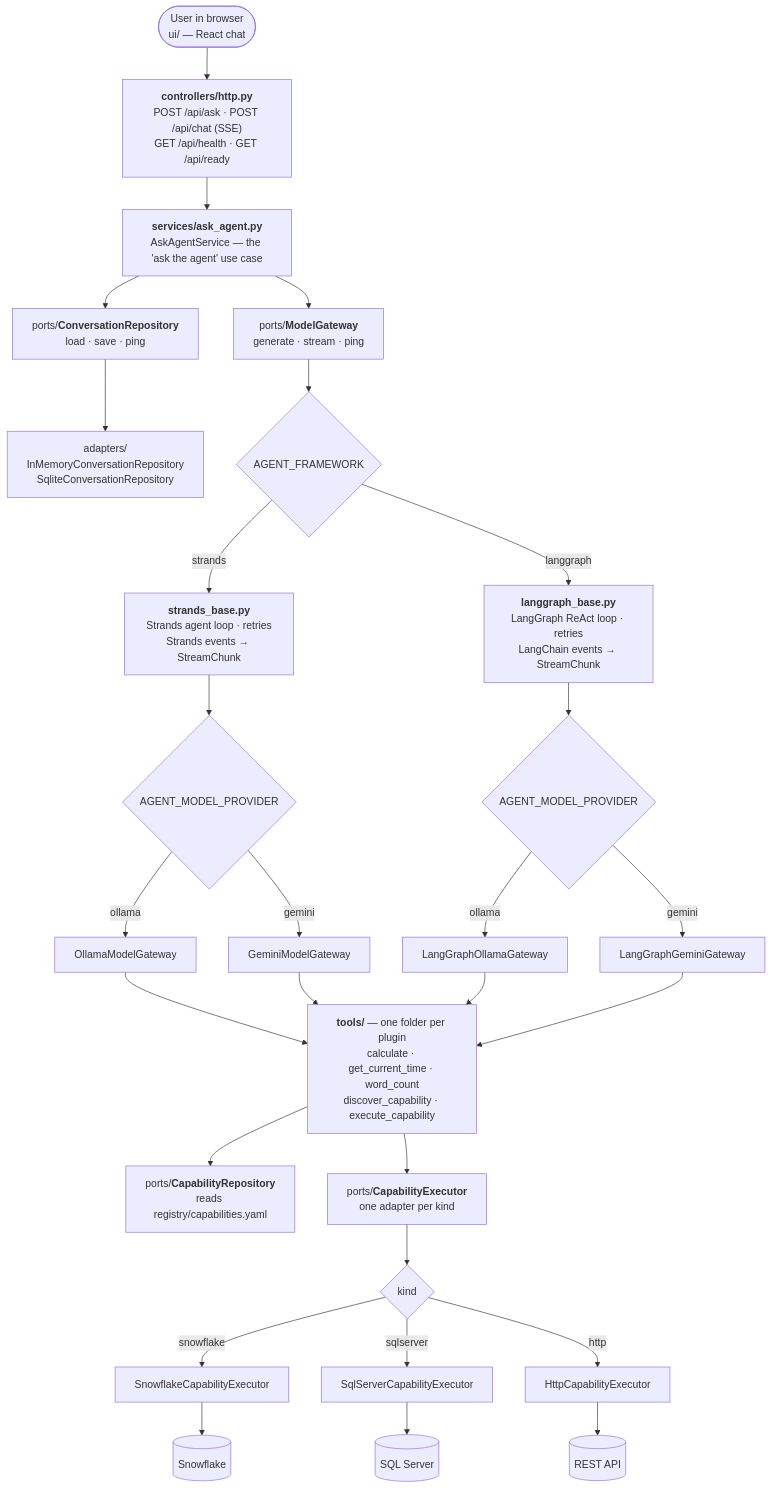
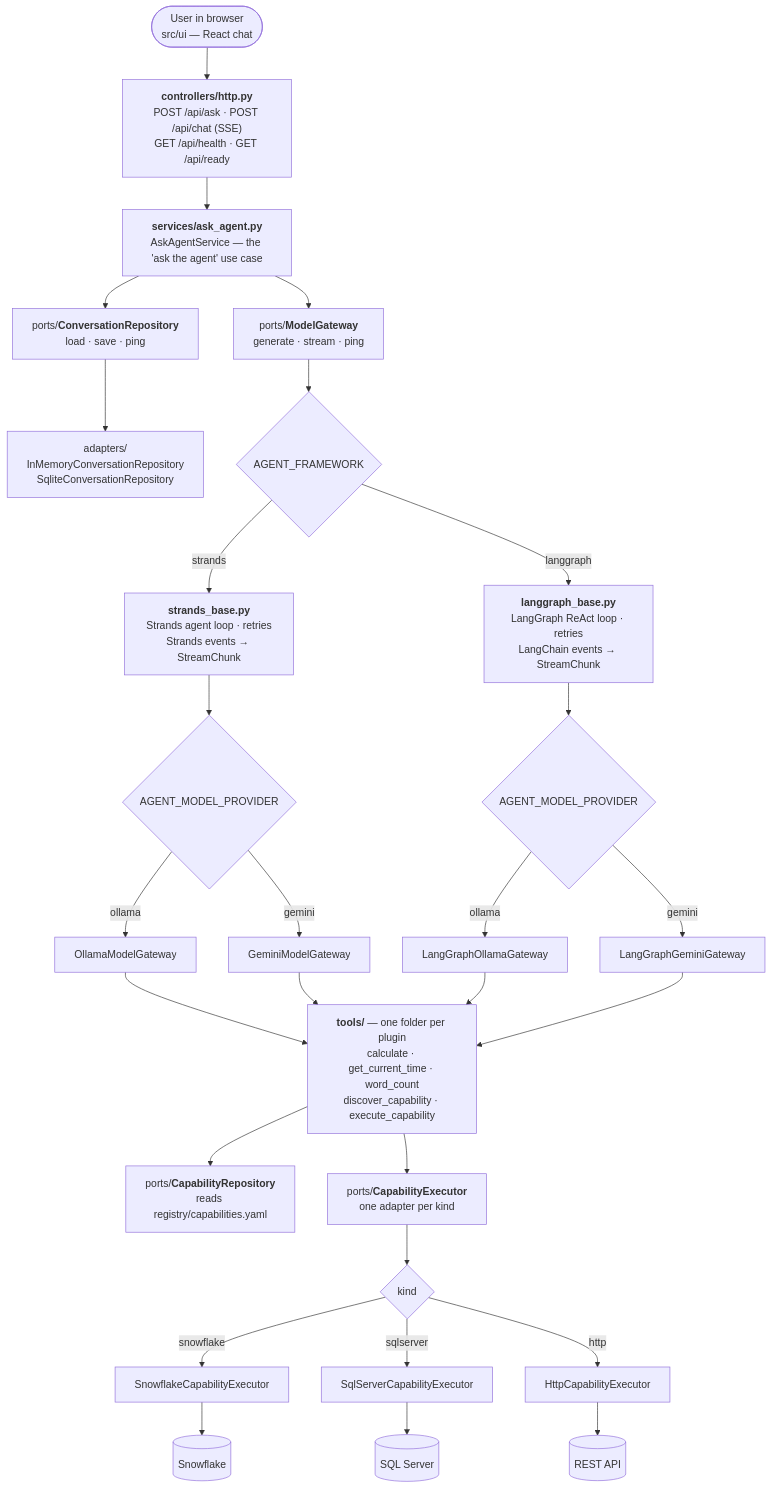
One commit to rahulrraj/agent-data-platform changed the first of 4 diagrams in README.md. Above: the diagram before and after it, drawn with Mermaid. The commit also changed other lines of this file and 5144 other files, not shown here.

````diff
--- a/README.md
+++ b/README.md
@@ -11,24 +11,24 @@
 ```mermaid
 flowchart TB
-    Browser([User in browser<br/>ui/ — React chat]) --> HTTP["<b>controllers/http.py</b><br/>POST /api/ask · POST /api/chat (SSE)<br/>GET /api/health · GET /api/ready"]
+    Browser([User in browser<br/>src/ui — React chat]) --> HTTP["<b>controllers/http.py</b><br/>POST /api/ask · POST /api/chat (SSE)<br/>GET /api/health · GET /api/ready"]
     HTTP --> Svc["<b>services/ask_agent.py</b><br/>AskAgentService — the 'ask the agent' use case"]
     Svc --> CR["ports/<b>ConversationRepository</b><br/>load · save · ping"]
     Svc --> MG["ports/<b>ModelGateway</b><br/>generate · stream · ping"]
     CR --> CRA["adapters/<br/>InMemoryConversationRepository<br/>SqliteConversationRepository"]
     MG --> FW{"AGENT_FRAMEWORK"}
     FW -- strands --> SB["<b>strands_base.py</b><br/>Strands agent loop · retries<br/>Strands events → StreamChunk"]
     FW -- langgraph --> LB["<b>langgraph_base.py</b><br/>LangGraph ReAct loop · retries<br/>LangChain events → StreamChunk"]
     SB --> PV1{"AGENT_MODEL_PROVIDER"}
     LB --> PV2{"AGENT_MODEL_PROVIDER"}
     PV1 -- ollama --> SO["OllamaModelGateway"]
     PV1 -- gemini --> SG["GeminiModelGateway"]
     PV2 -- ollama --> LO["LangGraphOllamaGateway"]
     PV2 -- gemini --> LGG["LangGraphGeminiGateway"]
     SO & SG & LO & LGG --> Tools["<b>tools/</b> — one folder per plugin<br/>calculate · get_current_time · word_count<br/>discover_capability · execute_capability"]
     Tools --> CAP["ports/<b>CapabilityRepository</b><br/>reads registry/capabilities.yaml"]
     Tools --> EXE["ports/<b>CapabilityExecutor</b><br/>one adapter per kind"]
     EXE --> K{"kind"}
     K -- snowflake --> K1["SnowflakeCapabilityExecutor"] --> SF[(Snowflake)]
     K -- sqlserver --> K2["SqlServerCapabilityExecutor"] --> SS[(SQL Server)]
     K -- http --> K3["HttpCapabilityExecutor"] --> RA[(REST API)]
 ```
````
